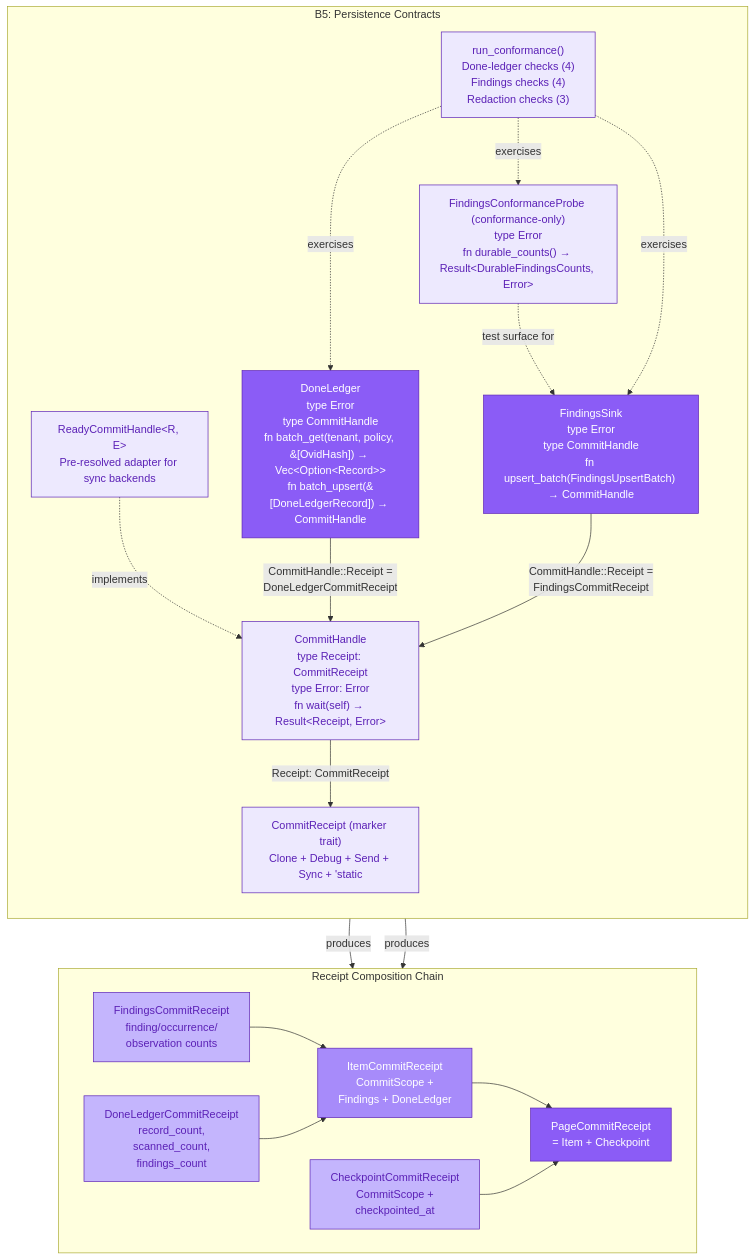
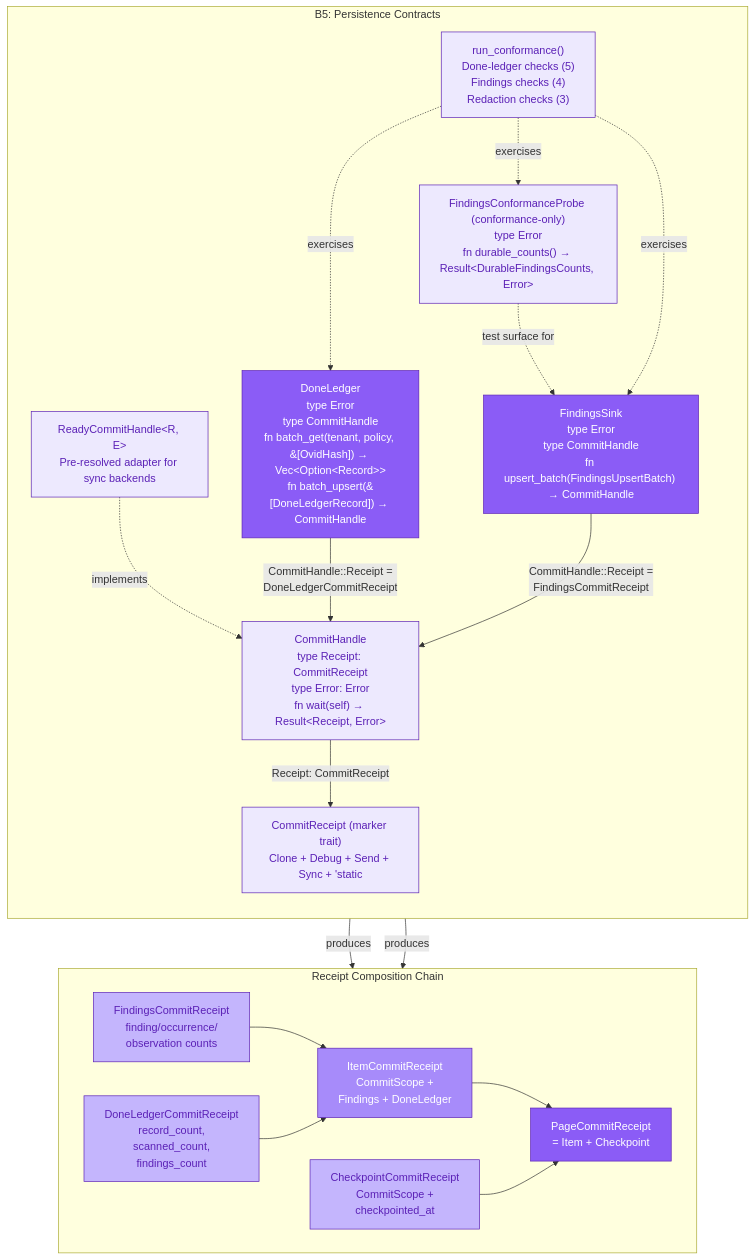
The first of 6 diagrams in diagrams/19-persistence-contracts.md (ahrav/Gossip-rs), drawn with Mermaid before and after one commit. The commit also changed other lines of this file, not shown here.

Commit message:
docs: audit drift fixes [persistence]

````diff
--- a/diagrams/19-persistence-contracts.md
+++ b/diagrams/19-persistence-contracts.md
@@ -54,58 +54,58 @@
 ```mermaid
 %% Diagram: persistence-trait-hierarchy
 graph TB
     subgraph traits ["B5: Persistence Contracts"]
         direction TB
 
         CR["CommitReceipt (marker trait)<br/>Clone + Debug + Send + Sync + 'static"]
         CH["CommitHandle<br/>type Receipt: CommitReceipt<br/>type Error: Error<br/>fn wait(self) → Result&lt;Receipt, Error&gt;"]
         RCH["ReadyCommitHandle&lt;R, E&gt;<br/>Pre-resolved adapter for sync backends"]
 
         DL["DoneLedger<br/>type Error<br/>type CommitHandle<br/>fn batch_get(tenant, policy, &amp;[OvidHash]) → Vec&lt;Option&lt;Record&gt;&gt;<br/>fn batch_upsert(&amp;[DoneLedgerRecord]) → CommitHandle"]
         FS["FindingsSink<br/>type Error<br/>type CommitHandle<br/>fn upsert_batch(FindingsUpsertBatch) → CommitHandle"]
         FCP["FindingsConformanceProbe (conformance-only)<br/>type Error<br/>fn durable_counts() → Result&lt;DurableFindingsCounts, Error&gt;"]
 
-        CONF["run_conformance()<br/>Done-ledger checks (4)<br/>Findings checks (4)<br/>Redaction checks (3)"]
+        CONF["run_conformance()<br/>Done-ledger checks (5)<br/>Findings checks (4)<br/>Redaction checks (3)"]
 
         CH -->|"Receipt: CommitReceipt"| CR
         RCH -.->|"implements"| CH
         DL -->|"CommitHandle::Receipt =<br/>DoneLedgerCommitReceipt"| CH
         FS -->|"CommitHandle::Receipt =<br/>FindingsCommitReceipt"| CH
         FCP -.->|"test surface for"| FS
         CONF -.->|"exercises"| DL
         CONF -.->|"exercises"| FS
         CONF -.->|"exercises"| FCP
     end
 
     subgraph receipts ["Receipt Composition Chain"]
         direction LR
 
         FCR["FindingsCommitReceipt<br/>finding/occurrence/<br/>observation counts"]
         DLCR["DoneLedgerCommitReceipt<br/>record_count,<br/>scanned_count,<br/>findings_count"]
         CCR["CheckpointCommitReceipt<br/>CommitScope +<br/>checkpointed_at"]
         ICR["ItemCommitReceipt<br/>CommitScope +<br/>Findings + DoneLedger"]
         PCR["PageCommitReceipt<br/>= Item + Checkpoint"]
 
         FCR --> ICR
         DLCR --> ICR
         ICR --> PCR
         CCR --> PCR
     end
 
     FS -->|"produces"| FCR
     DL -->|"produces"| DLCR
 
     style CR fill:#EDE9FE,stroke:#5B21B6,color:#5B21B6
     style CH fill:#EDE9FE,stroke:#5B21B6,color:#5B21B6
     style RCH fill:#EDE9FE,stroke:#5B21B6,color:#5B21B6
     style DL fill:#8B5CF6,stroke:#5B21B6,color:#FFF
     style FS fill:#8B5CF6,stroke:#5B21B6,color:#FFF
     style FCP fill:#EDE9FE,stroke:#5B21B6,color:#5B21B6
     style CONF fill:#EDE9FE,stroke:#5B21B6,color:#5B21B6
 
     style FCR fill:#C4B5FD,stroke:#5B21B6,color:#5B21B6
     style DLCR fill:#C4B5FD,stroke:#5B21B6,color:#5B21B6
     style CCR fill:#C4B5FD,stroke:#5B21B6,color:#5B21B6
     style ICR fill:#A78BFA,stroke:#5B21B6,color:#FFF
     style PCR fill:#8B5CF6,stroke:#5B21B6,color:#FFF
 ```
````
